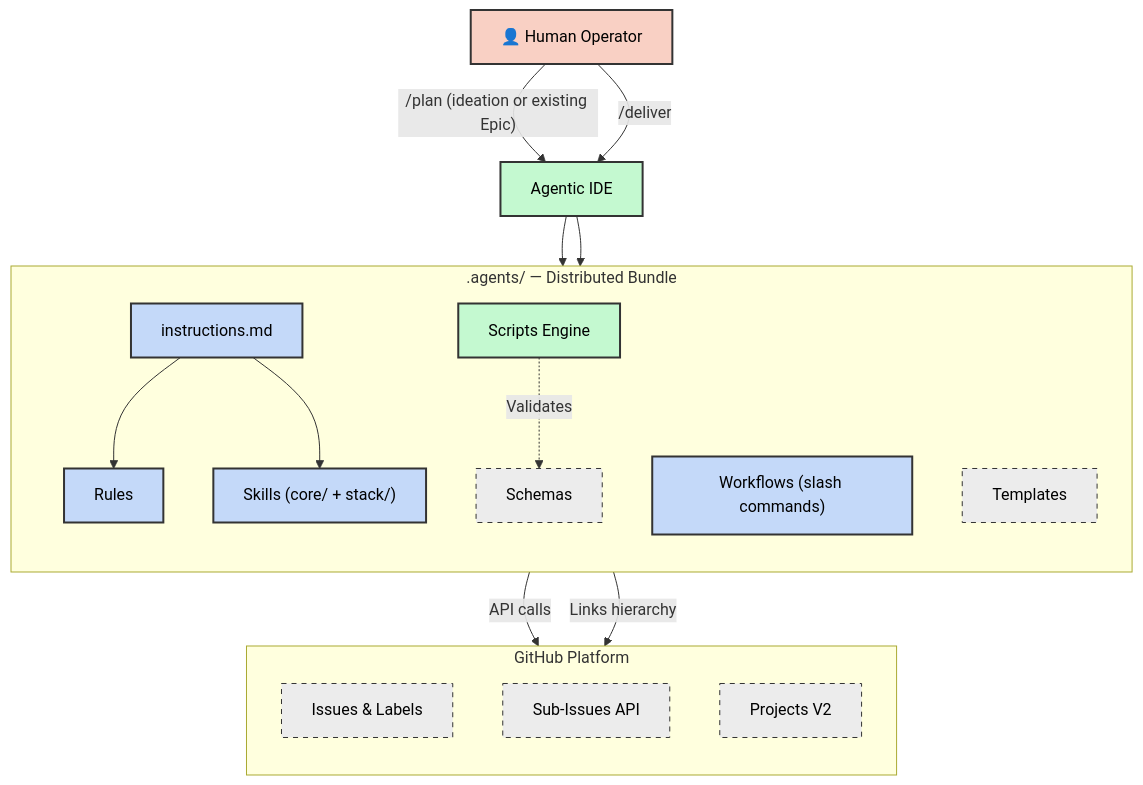
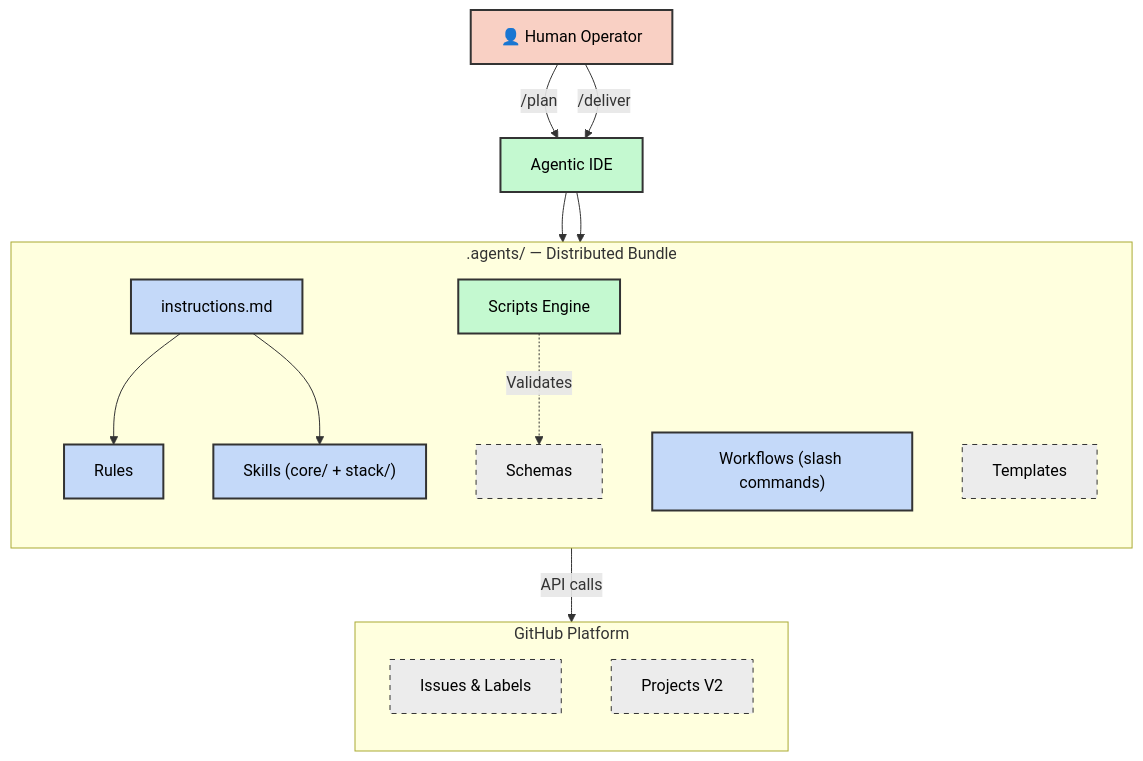
The first of 6 diagrams in docs/architecture.md (dsj1984/mandrel), drawn with Mermaid before and after one commit. The commit also changed other lines of this file and 77 other files, not shown here.

````diff
--- a/docs/architecture.md
+++ b/docs/architecture.md
@@ -33,37 +35,35 @@
 ```mermaid
 graph TB
     classDef human fill:#f9d0c4,stroke:#333,stroke-width:2px,color:#000
     classDef agent fill:#c4f9d0,stroke:#333,stroke-width:2px,color:#000
     classDef infra fill:#c4d9f9,stroke:#333,stroke-width:2px,color:#000
     classDef data fill:#ececec,stroke:#333,stroke-width:1px,stroke-dasharray: 5 5,color:#000
 
     H["👤 Human Operator"]:::human
     IDE["Agentic IDE"]:::agent
 
     subgraph Framework [".agents/ — Distributed Bundle"]
         direction TB
         INS["instructions.md"]:::infra
         RUL["Rules"]:::infra
         SKL["Skills (core/ + stack/)"]:::infra
         WFL["Workflows (slash commands)"]:::infra
         SCR["Scripts Engine"]:::agent
         SCH["Schemas"]:::data
         TPL["Templates"]:::data
     end
 
     subgraph GitHub ["GitHub Platform"]
         direction TB
         ISS["Issues & Labels"]:::data
-        SUB["Sub-Issues API"]:::data
         PRJ["Projects V2"]:::data
     end
 
-    H -->|"/plan (ideation or existing Epic)"| IDE
+    H -->|"/plan"| IDE
     H -->|"/deliver"| IDE
     IDE --> INS
     INS --> RUL & SKL
     IDE --> SCR
     SCR -->|"API calls"| ISS
-    SCR -->|"Links hierarchy"| SUB
     SCR -.->|"Validates"| SCH
 ```
````
